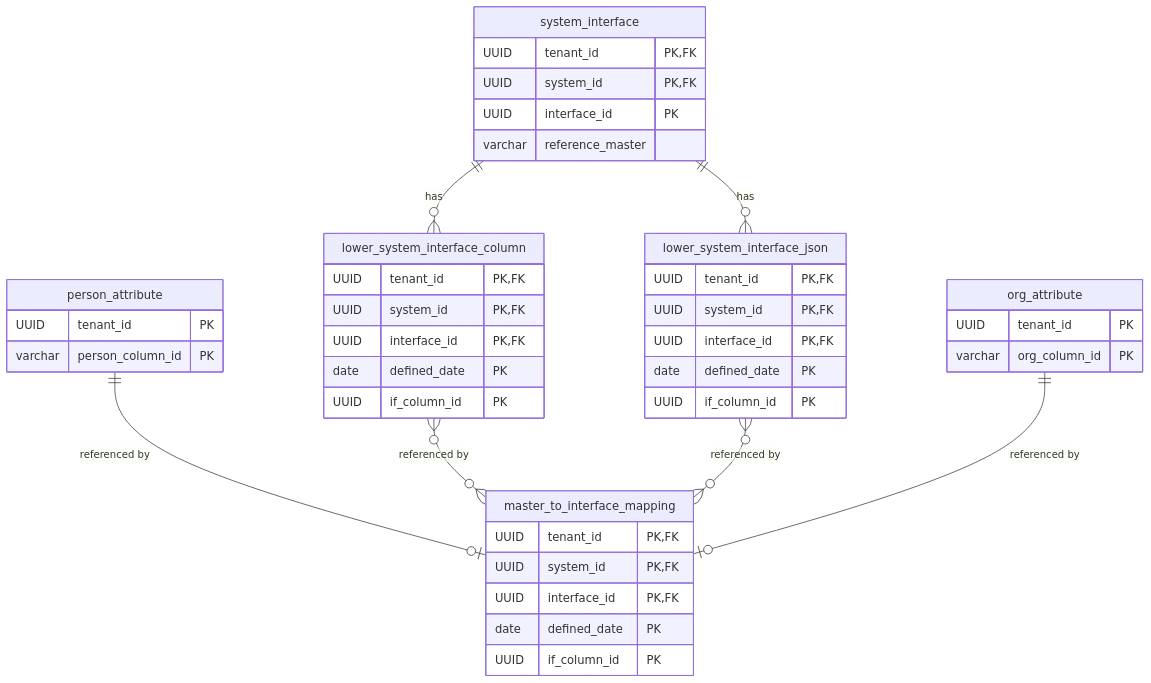
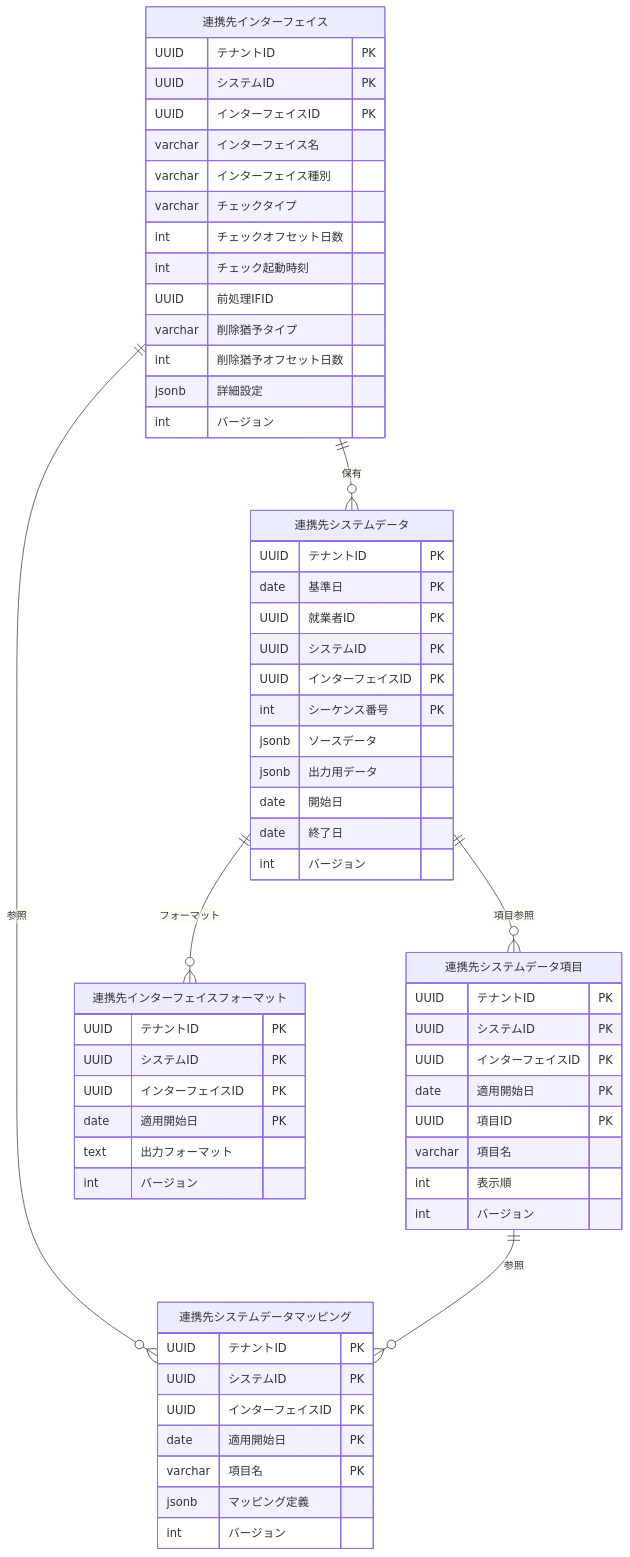
Before and after one commit to imlv-huandd/idcontrol: the sixth of 7 diagrams in spec/基本設計/エンティティ定義/内部設計/エンティティ定義.md, drawn with Mermaid. The commit also changed other lines of this file and 50 other files, not shown here.

````diff
--- a/spec/基本設計/エンティティ定義/内部設計/エンティティ定義.md
+++ b/spec/基本設計/エンティティ定義/内部設計/エンティティ定義.md
@@ -988,46 +1317,64 @@
 ```mermaid
 erDiagram
-    person_attribute ||--o| master_to_interface_mapping : "referenced by"
-    system_interface ||--o{ lower_system_interface_column : "has"
-    system_interface ||--o{ lower_system_interface_json : "has"
+    連携先インターフェイス ||--o{ 連携先システムデータマッピング : "参照"
+    連携先システムデータ項目 ||--o{ 連携先システムデータマッピング : "参照"
+    連携先インターフェイス ||--o{ 連携先システムデータ : "保有"
+    連携先システムデータ ||--o{ 連携先システムデータ項目 : "項目参照"
+    連携先システムデータ ||--o{ 連携先インターフェイスフォーマット : "フォーマット"
 
-    lower_system_interface_column }o--o{ master_to_interface_mapping : "referenced by"
-    lower_system_interface_json }o--o{ master_to_interface_mapping : "referenced by"
-    org_attribute ||--o| master_to_interface_mapping : "referenced by"
-
-    system_interface {
-        UUID tenant_id PK,FK
-        UUID system_id PK,FK
-        UUID interface_id PK
-        varchar reference_master
+    連携先インターフェイス {
+        UUID テナントID PK
+        UUID システムID PK
+        UUID インターフェイスID PK
+        varchar インターフェイス名
+        varchar インターフェイス種別
+        varchar チェックタイプ
+        int チェックオフセット日数
+        int チェック起動時刻
+        UUID 前処理IFID
+        varchar 削除猶予タイプ
+        int 削除猶予オフセット日数
+        jsonb 詳細設定
+        int バージョン
     }
-    lower_system_interface_column {
-        UUID tenant_id PK,FK
-        UUID system_id PK,FK
-        UUID interface_id PK,FK
-        date defined_date PK
-        UUID if_column_id PK
+    連携先システムデータ項目 {
+        UUID テナントID PK
+        UUID システムID PK
+        UUID インターフェイスID PK
+        date 適用開始日 PK
+        UUID 項目ID PK
+        varchar 項目名
+        int 表示順
+        int バージョン
     }
-    lower_system_interface_json {
-        UUID tenant_id PK,FK
-        UUID system_id PK,FK
-        UUID interface_id PK,FK
-        date defined_date PK
-        UUID if_column_id PK
+    連携先システムデータマッピング {
+        UUID テナントID PK
+        UUID システムID PK
+        UUID インターフェイスID PK
+        date 適用開始日 PK
+        varchar 項目名 PK
+        jsonb マッピング定義
+        int バージョン
     }
-    master_to_interface_mapping {
-        UUID tenant_id PK,FK
-        UUID system_id PK,FK
-        UUID interface_id PK,FK
-        date defined_date PK
-        UUID if_column_id PK
+    連携先インターフェイスフォーマット {
+        UUID テナントID PK
+        UUID システムID PK
+        UUID インターフェイスID PK
+        date 適用開始日 PK
+        text 出力フォーマット
+        int バージョン
     }
-    person_attribute {
-        UUID tenant_id PK
-        varchar person_column_id PK
-    }
-    org_attribute {
-        UUID tenant_id PK
-        varchar org_column_id PK
+    連携先システムデータ {
+        UUID テナントID PK
+        date 基準日 PK
+        UUID 就業者ID PK
+        UUID システムID PK
+        UUID インターフェイスID PK
+        int シーケンス番号 PK
+        jsonb ソースデータ
+        jsonb 出力用データ
+        date 開始日
+        date 終了日
+        int バージョン
     }
 ```
````
